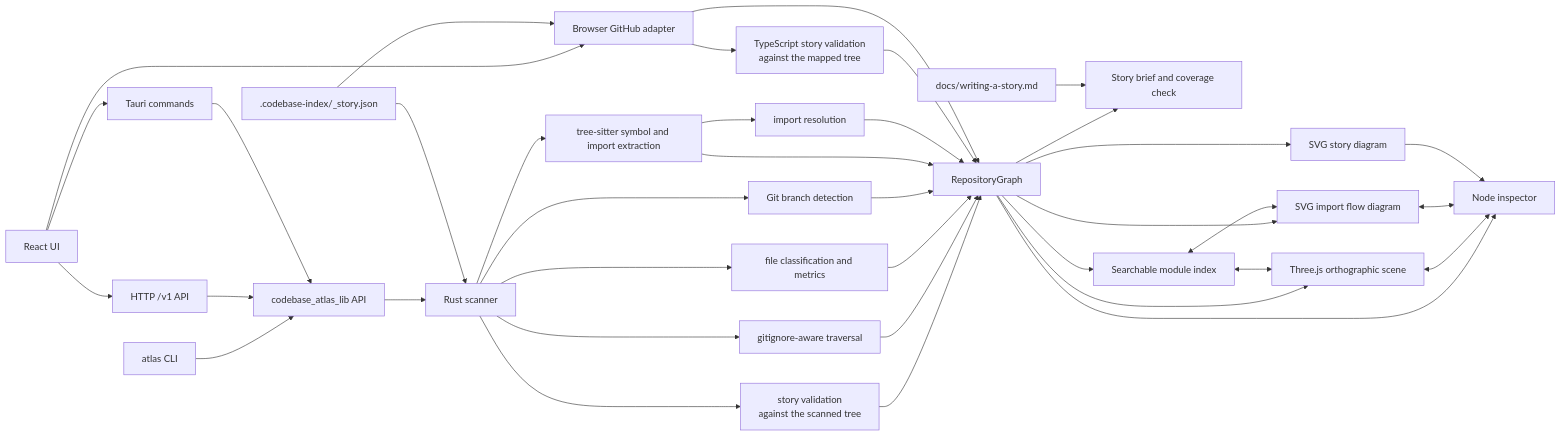
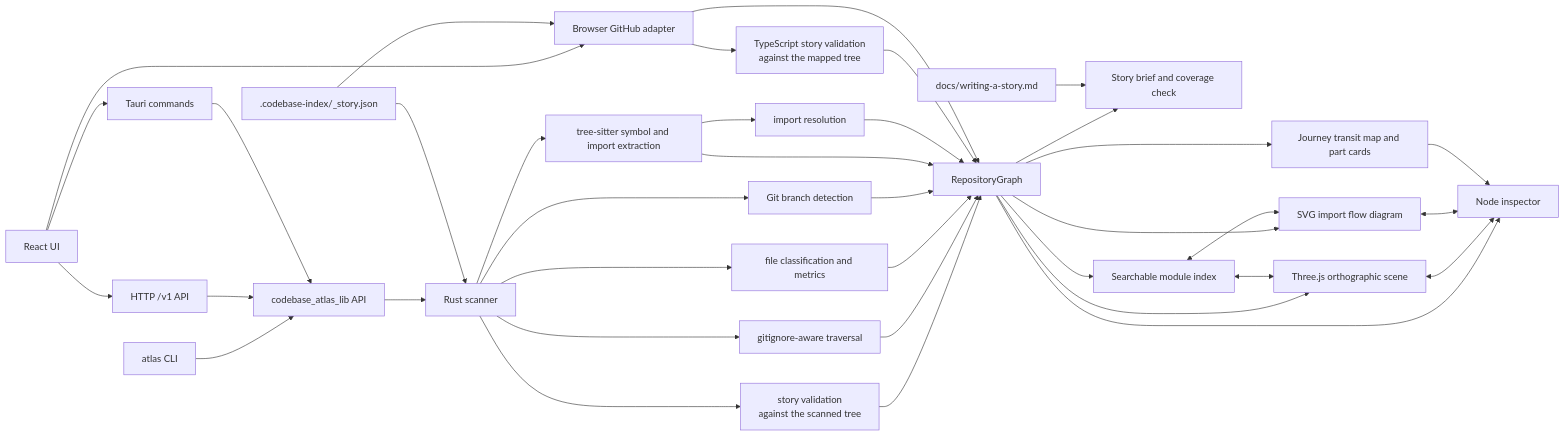
Before and after one commit to Volpestyle/codebase-atlas: the first of 4 diagrams in README.md, drawn with Mermaid. The commit also changed other lines of this file and 9 other files, not shown here.

````diff
--- a/README.md
+++ b/README.md
@@ -11,39 +11,39 @@
 ```mermaid
 flowchart LR
     CLI[atlas CLI] --> API[codebase_atlas_lib API]
     HTTP[HTTP /v1 API] --> API
     Tauri[Tauri commands] --> API
     UI[React UI] --> Tauri
     UI --> HTTP
     UI --> GH[Browser GitHub adapter]
     API --> C[Rust scanner]
     C --> D[gitignore-aware traversal]
     C --> E[file classification and metrics]
     C --> F[Git branch detection]
     C --> O[tree-sitter symbol and import extraction]
     O --> R[import resolution]
     C --> V[story validation<br/>against the scanned tree]
     V --> G
     D --> G[RepositoryGraph]
     E --> G
     F --> G
     O --> G
     R --> G
     GH --> W[TypeScript story validation<br/>against the mapped tree]
     W --> G
     GH --> G
     M --> GH
     M[".codebase-index/_story.json"] --> C
     G --> B[Story brief and coverage check]
     A[docs/writing-a-story.md] --> B
     G --> I[Searchable module index]
     G --> J[Three.js orthographic scene]
     G --> P[SVG import flow diagram]
-    G --> N[SVG story diagram]
+    G --> N[Journey transit map and part cards]
     G --> K[Node inspector]
     I <--> J
     I <--> P
     J <--> K
     P <--> K
     N --> K
 ```
````
